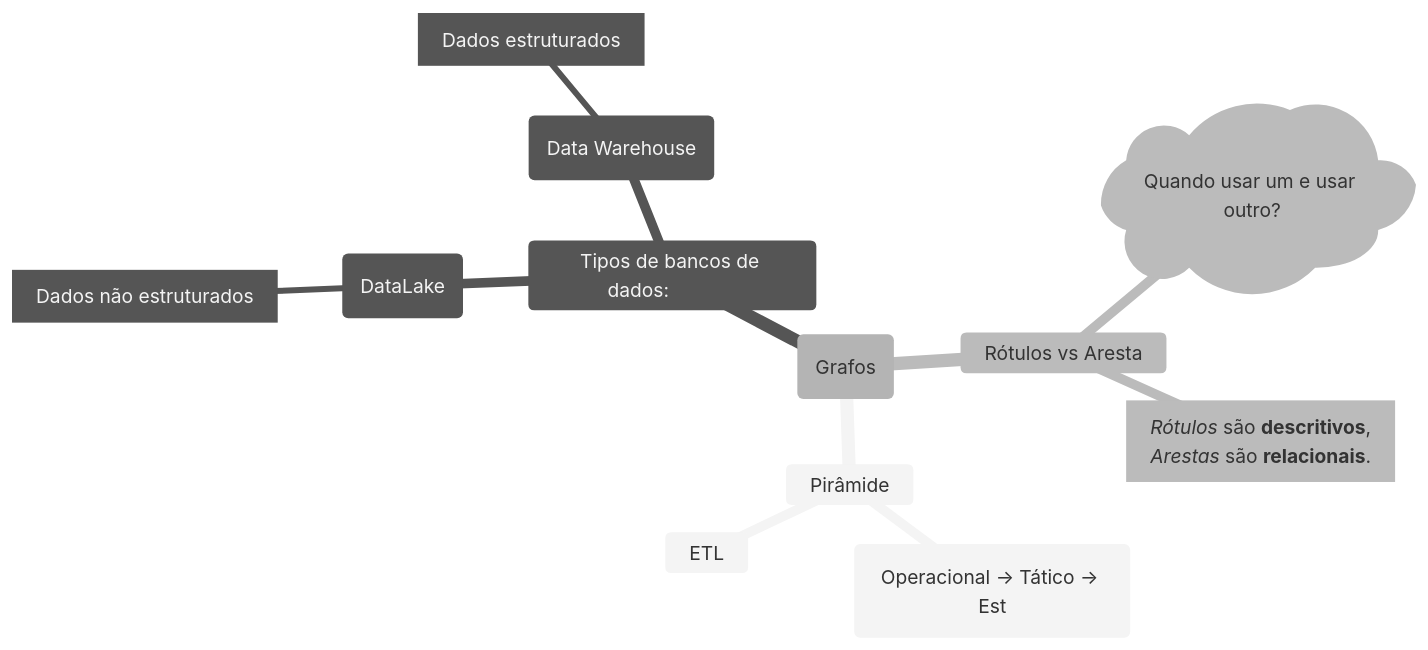
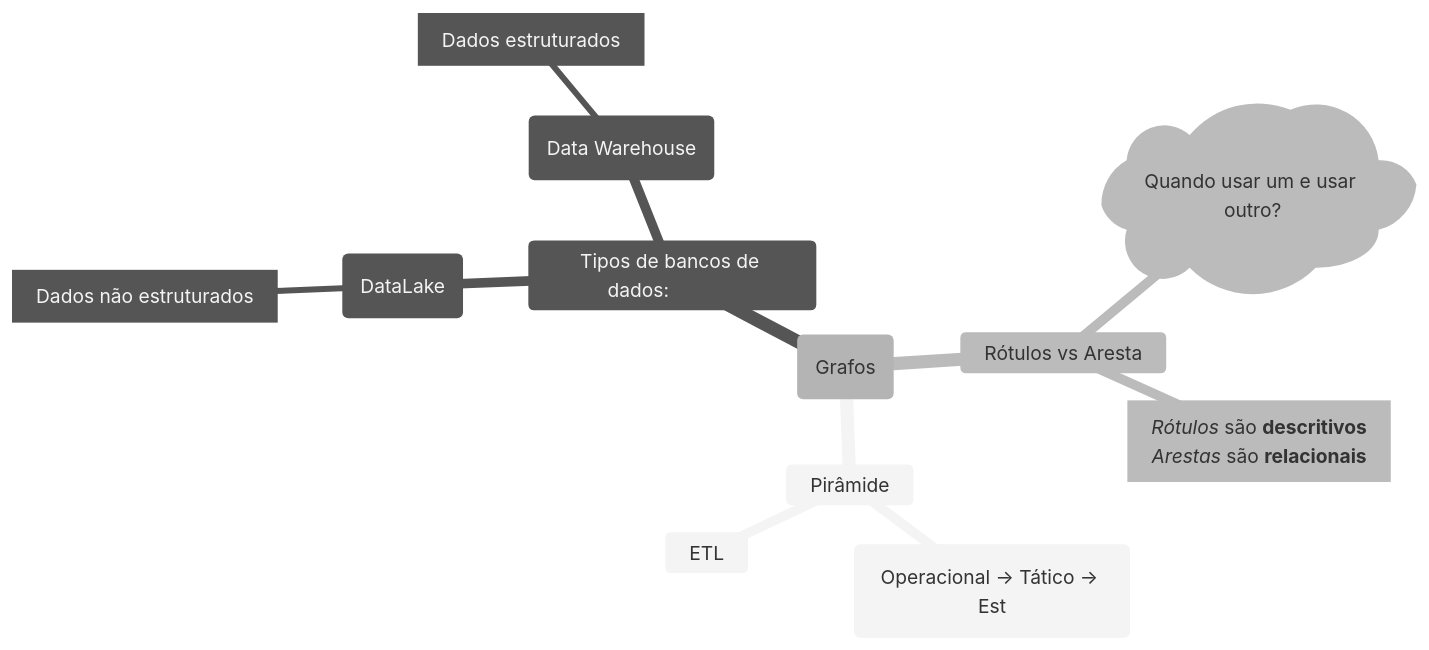
The diagram in Mestrado/Segundo Semestre/SIN5033 - Grafos de conhecimento e Ontologias/Anotações/De Aulas/Aula do dia 2026 04 08.md (Igorino/joplin-notes), drawn with Mermaid (neutral theme) before and after one commit.

Commit message:
Exported on 2026-04-08_15-09-52

````diff
--- a/Mestrado/Segundo Semestre/SIN5033 - Grafos de conhecimento e Ontologias/Anotações/De Aulas/Aula do dia 2026 04 08.md
+++ b/Mestrado/Segundo Semestre/SIN5033 - Grafos de conhecimento e Ontologias/Anotações/De Aulas/Aula do dia 2026 04 08.md
@@ -1,23 +1,23 @@
 ```mermaid
 mindmap
 	Root(Grafos)
 		Pirâmide
 			("Operacional -> Tático -> Est")
 			ETL
 
 		Tipos de bancos de dados:		
 			(DataLake)
 				[Dados não estruturados]
 			(Data Warehouse)
 				[Dados estruturados]
 
 		Rótulos vs Aresta
 			)Quando usar um e usar outro?(
-			[*Rótulos* são **descritivos**, 
-			*Arestas* são **relacionais**.]
+			[*Rótulos* são **descritivos**
+			*Arestas* são **relacionais**	]
 
 		
 
 
 			
 ```
````
